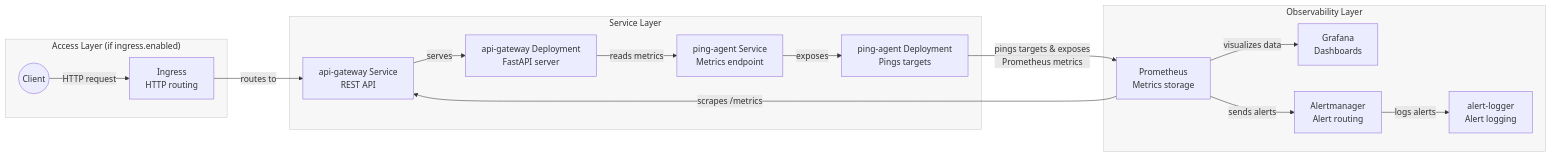
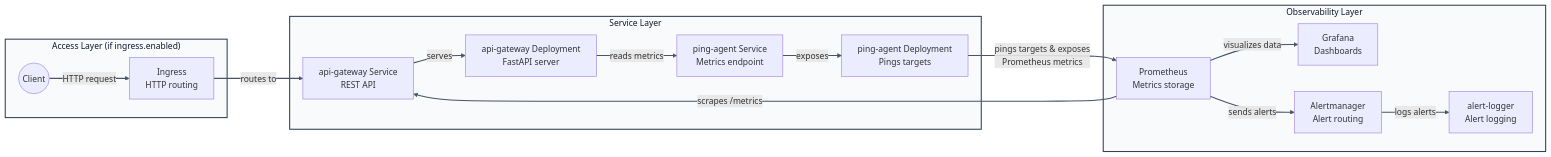
The first of 2 diagrams in ARCHITECTURE.md (fattah247/UpTimePulse), drawn with Mermaid before and after one commit. The commit also changed other lines of this file and 1 other file, not shown here.

Commit message:
docs: update architecture and README documentation

````diff
--- a/ARCHITECTURE.md
+++ b/ARCHITECTURE.md
@@ -7,41 +8,41 @@
 ```mermaid
 flowchart LR
-  linkStyle default stroke-width:1px
-  classDef group fill:#f7f7f7,stroke:#cccccc,stroke-width:1px
-  classDef apiFlow stroke:#2563eb,stroke-width:2px
+  linkStyle default stroke:#475569,stroke-width:2px
+  classDef group fill:#f8fafc,stroke:#334155,stroke-width:2px,color:#0f172a
+  classDef apiFlow stroke:#1d4ed8,stroke-width:2px
   classDef monitoringFlow stroke:#dc2626,stroke-width:2px
-  classDef alertFlow stroke:#ea580c,stroke-width:2px
-  classDef vizFlow stroke:#7c3aed,stroke-width:2px
+  classDef alertFlow stroke:#c2410c,stroke-width:2px
+  classDef vizFlow stroke:#6d28d9,stroke-width:2px
 
   subgraph Access["Access Layer (if ingress.enabled)"]
     client((Client))
     ingress[Ingress<br/>HTTP routing]
   end
 
   subgraph Services["Service Layer"]
     apiSvc[api-gateway Service<br/>REST API]
     apiDep[api-gateway Deployment<br/>FastAPI server]
     pingSvc[ping-agent Service<br/>Metrics endpoint]
     pingDep[ping-agent Deployment<br/>Pings targets]
   end
 
   subgraph Observability["Observability Layer"]
     prom[Prometheus<br/>Metrics storage]
     grafana[Grafana<br/>Dashboards]
     am[Alertmanager<br/>Alert routing]
     logger[alert-logger<br/>Alert logging]
   end
 
   client -->|"HTTP request"| ingress -->|"routes to"| apiSvc -->|"serves"| apiDep
   apiDep -->|"reads metrics"| pingSvc -->|"exposes"| pingDep
   pingDep -->|"pings targets & exposes<br/>Prometheus metrics"| prom
   prom -->|"scrapes /metrics"| apiSvc
   prom -->|"visualizes data"| grafana
   prom -->|"sends alerts"| am -->|"logs alerts"| logger
 
   class Access,Services,Observability group
   linkStyle 0,1,2,3 apiFlow
   linkStyle 4,5 monitoringFlow
   linkStyle 6 vizFlow
   linkStyle 7,8 alertFlow
 ```
````
